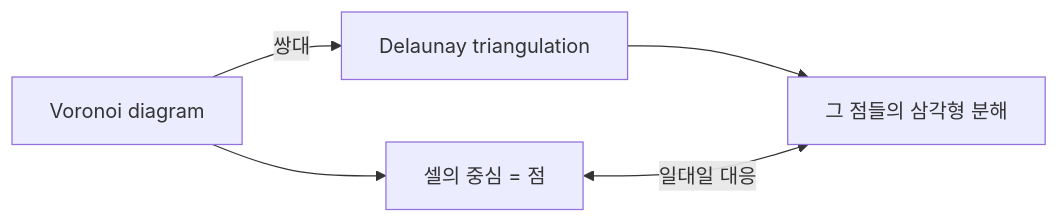
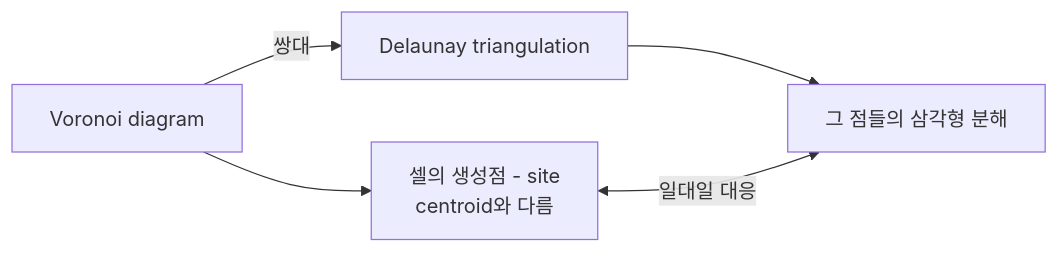
The fifth of 6 diagrams in math/part19_geometry_primitives.md (Rein-ArXiv/game-dev-curriculum), drawn with Mermaid before and after one commit. The commit also changed other lines of this file and 279 other files, not shown here.

````diff
--- a/math/part19_geometry_primitives.md
+++ b/math/part19_geometry_primitives.md
@@ -778,7 +799,7 @@
 ```mermaid
 flowchart LR
     Voronoi[Voronoi diagram] -->|쌍대| Delaunay[Delaunay triangulation]
-    Voronoi --> Cells[셀의 중심 = 점]
+    Voronoi --> Cells[셀의 생성점 - site<br/>centroid와 다름]
     Delaunay --> Tris[그 점들의 삼각형 분해]
     Cells <-->|일대일 대응| Tris
 ```
````
